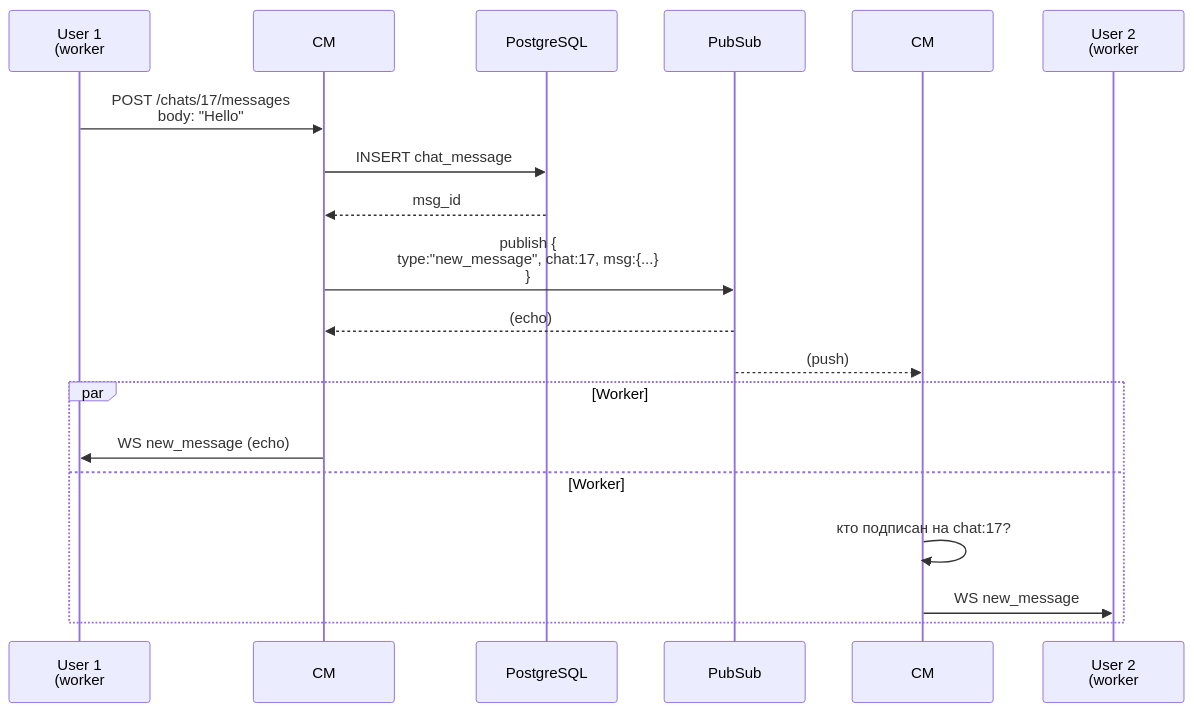
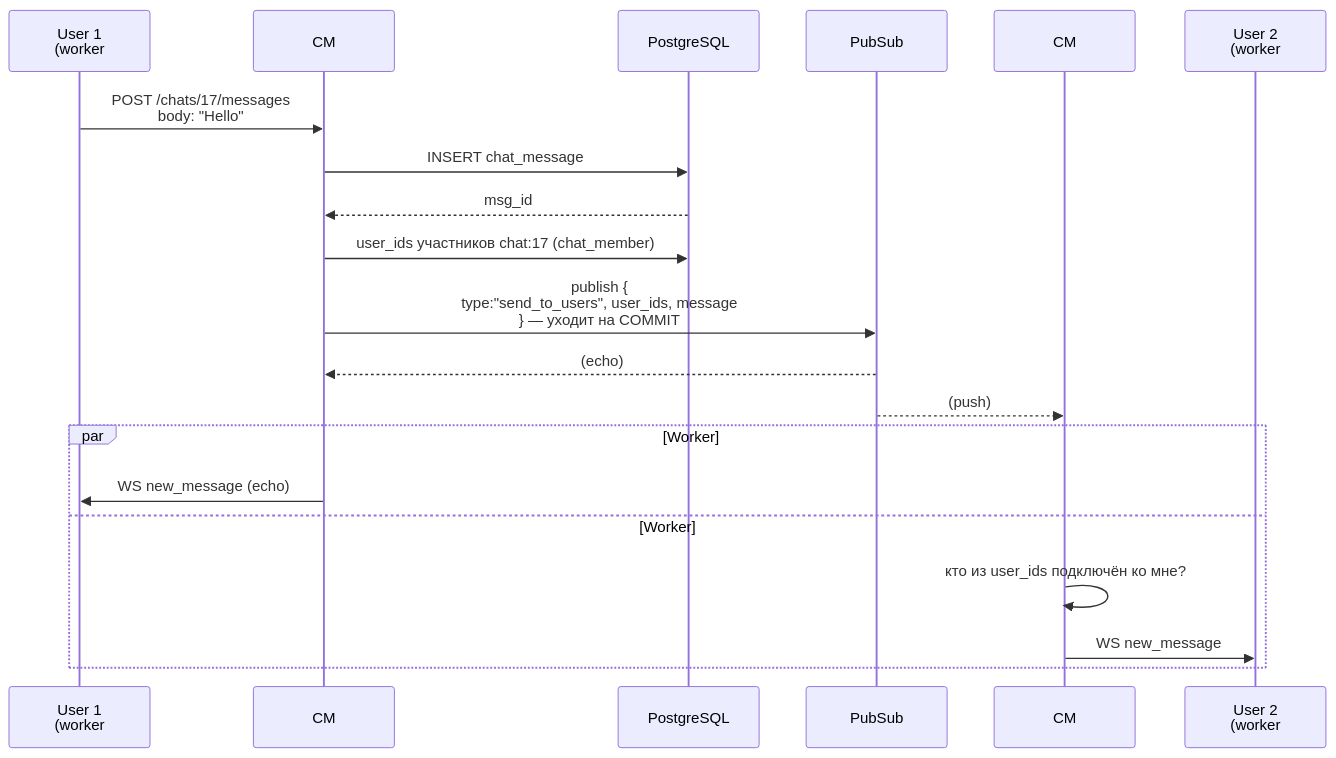
The second of 3 diagrams in docs/dist/backend/modules/chat-architecture.md (shurshilov/faracrm), drawn with Mermaid before and after one commit. The commit also changed other lines of this file and 26 other files, not shown here.

````diff
--- a/docs/dist/backend/modules/chat-architecture.md
+++ b/docs/dist/backend/modules/chat-architecture.md
@@ -100,23 +100,24 @@
 ```mermaid
 sequenceDiagram
     participant U1 as User 1<br/>(worker #1)
     participant CM1 as CM #1
     participant DB as PostgreSQL
     participant PS as PubSub
     participant CM2 as CM #2
     participant U2 as User 2<br/>(worker #3)
 
     U1->>CM1: POST /chats/17/messages<br/>body: "Hello"
     CM1->>DB: INSERT chat_message
     DB-->>CM1: msg_id
-    CM1->>PS: publish {<br/>type:"new_message", chat:17, msg:{...}<br/>}
+    CM1->>DB: user_ids участников chat:17 (chat_member)
+    CM1->>PS: publish {<br/>type:"send_to_users", user_ids, message<br/>} — уходит на COMMIT
     PS-->>CM1: (echo)
     PS-->>CM2: (push)
 
     par Worker #1 (отправитель)
         CM1->>U1: WS new_message (echo)
     and Worker #3 (получатель)
-        CM2->>CM2: кто подписан на chat:17?
+        CM2->>CM2: кто из user_ids подключён ко мне?
         CM2->>U2: WS new_message
     end
 ```
````
